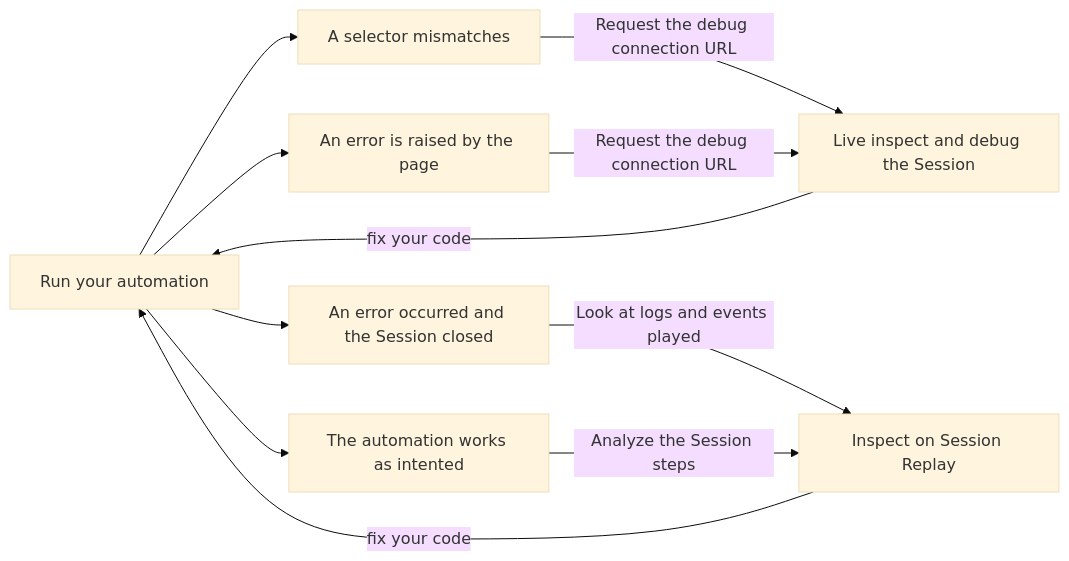
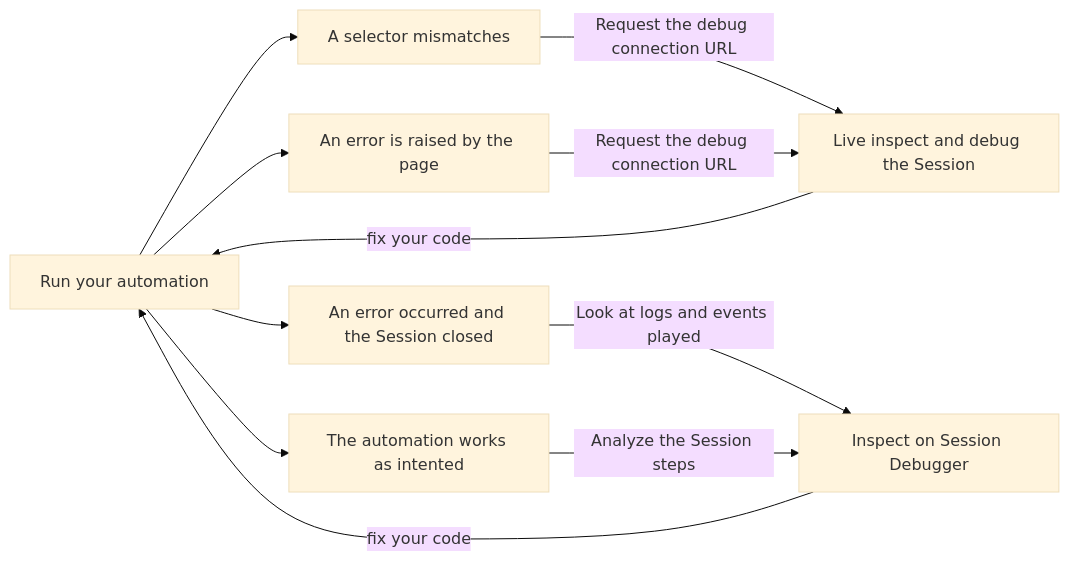
The diagram in guides/browser-remote-control.mdx (browserbase/docs), drawn with Mermaid (base theme) before and after one commit. The commit also changed other lines of this file and 12 other files, not shown here.

````diff
--- a/guides/browser-remote-control.mdx
+++ b/guides/browser-remote-control.mdx
@@ -102,24 +118,24 @@
 ```mermaid
   flowchart LR
 
    run["Run your automation"]
    error["An error is raised by the page"]
    stuck["A selector mismatches"]
    debug["Live inspect and debug the Session"]
    failed["An error occurred and the Session closed"]
-   replay["Inspect on Session Replay"]
+   replay["Inspect on Session Debugger"]
    worksout["The automation works as intented"]
 
    run-->error
    run-->stuck
    run-->failed
    run-->worksout
 
    stuck--Request the debug connection URL-->debug
    error--Request the debug connection URL-->debug
    failed--Look at logs and events played-->replay
    worksout--Analyze the Session steps-->replay
 
    replay--fix your code-->run
    debug--fix your code-->run
 ```
````
